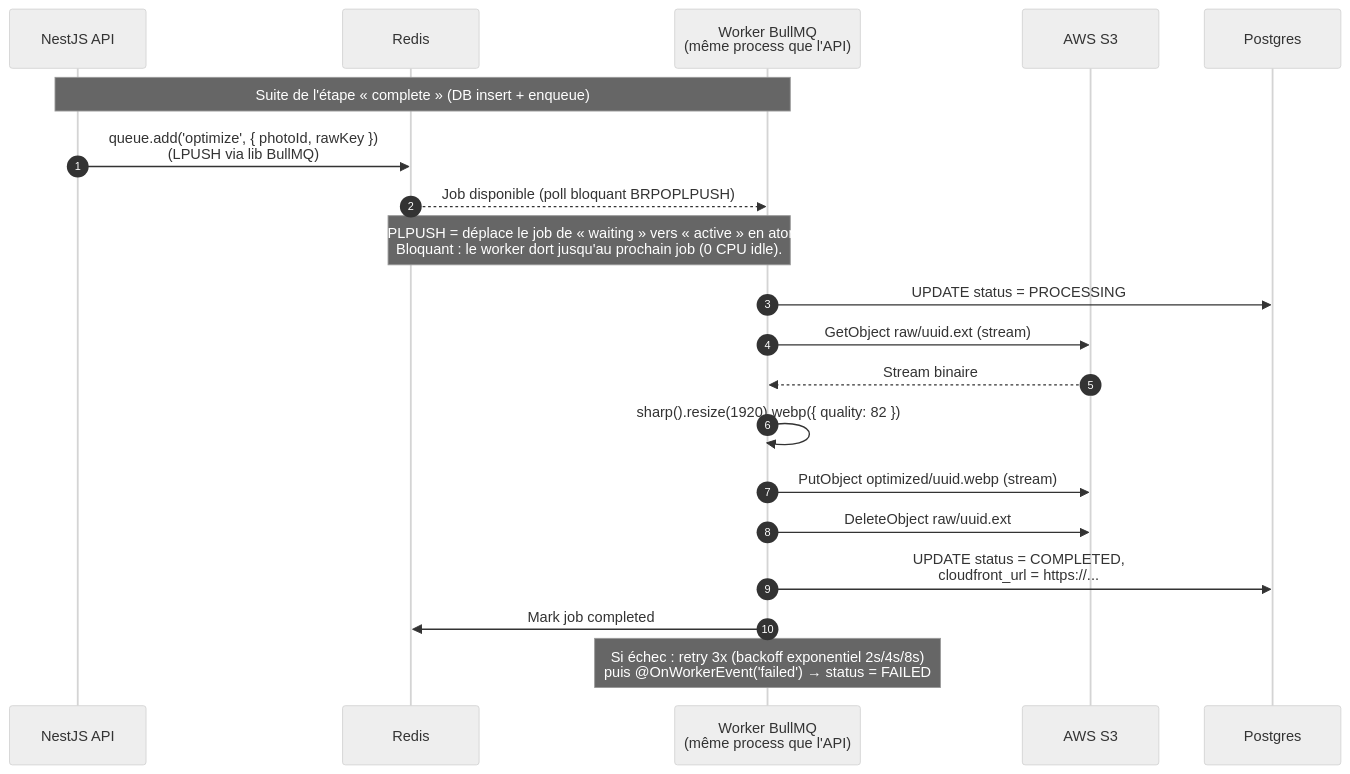
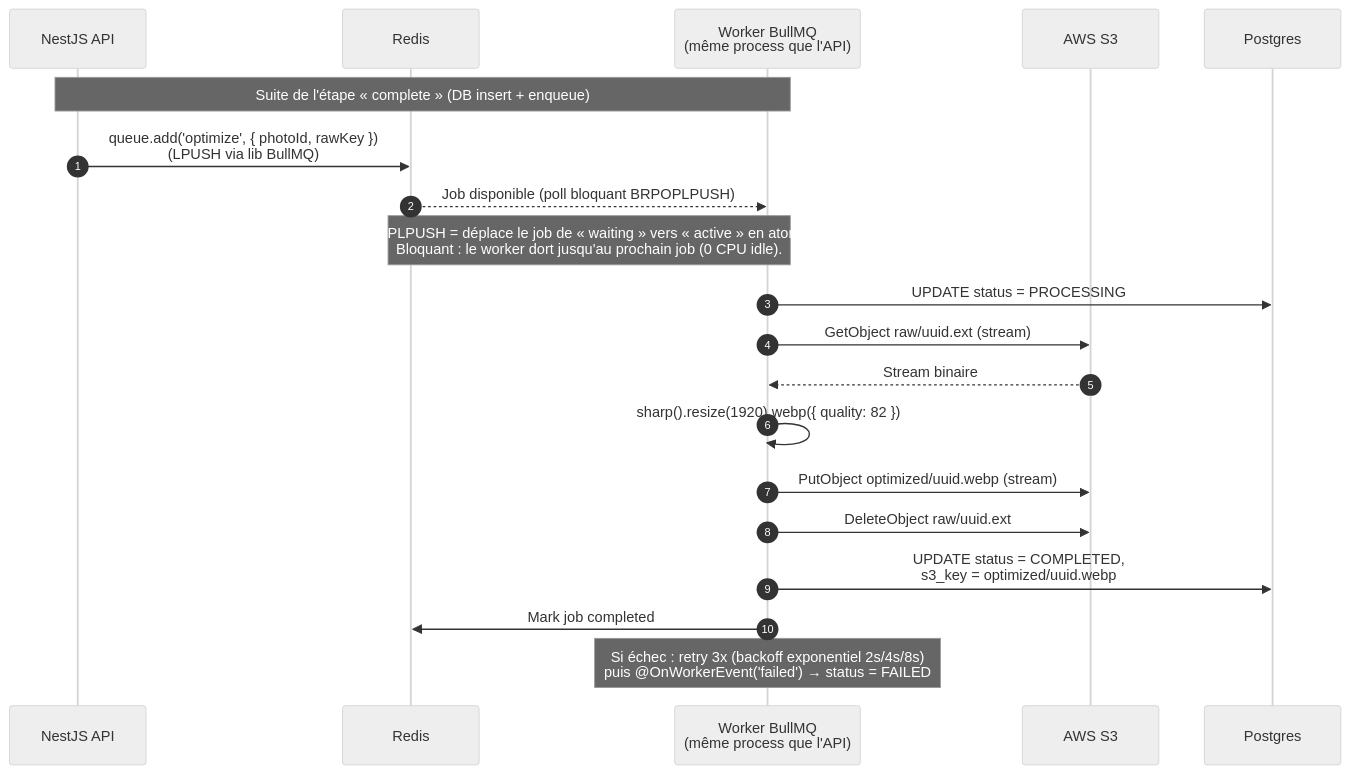
One commit to TonyMascate/fil_rouge_plateforme changed the second of 3 diagrams in docs/notes-dev/pipeline-upload-photos.md. Above: the diagram before and after it, drawn with Mermaid (neutral theme). The commit also changed other lines of this file and 9 other files, not shown here.

Commit message:
feat: Mise en place de signed url avec cloudfront

````diff
--- a/docs/notes-dev/pipeline-upload-photos.md
+++ b/docs/notes-dev/pipeline-upload-photos.md
@@ -52,26 +52,26 @@
 ```mermaid
 sequenceDiagram
     autonumber
     participant API as NestJS API
     participant R as Redis
     participant W as Worker BullMQ<br/>(même process que l'API)
     participant S3 as AWS S3
     participant DB as Postgres
 
     Note over API,W: Suite de l'étape « complete » (DB insert + enqueue)
 
     API->>R: queue.add('optimize', { photoId, rawKey })<br/>(LPUSH via lib BullMQ)
 
     R-->>W: Job disponible (poll bloquant BRPOPLPUSH)
     Note over R,W: BRPOPLPUSH = déplace le job de « waiting » vers « active » en atomique.<br/>Bloquant : le worker dort jusqu'au prochain job (0 CPU idle).
     W->>DB: UPDATE status = PROCESSING
     W->>S3: GetObject raw/uuid.ext (stream)
     S3-->>W: Stream binaire
     W->>W: sharp().resize(1920).webp({ quality: 82 })
     W->>S3: PutObject optimized/uuid.webp (stream)
     W->>S3: DeleteObject raw/uuid.ext
-    W->>DB: UPDATE status = COMPLETED,<br/>cloudfront_url = https://...
+    W->>DB: UPDATE status = COMPLETED,<br/>s3_key = optimized/uuid.webp
     W->>R: Mark job completed
 
     Note over W: Si échec : retry 3x (backoff exponentiel 2s/4s/8s)<br/>puis @OnWorkerEvent('failed') → status = FAILED
 ```
````
